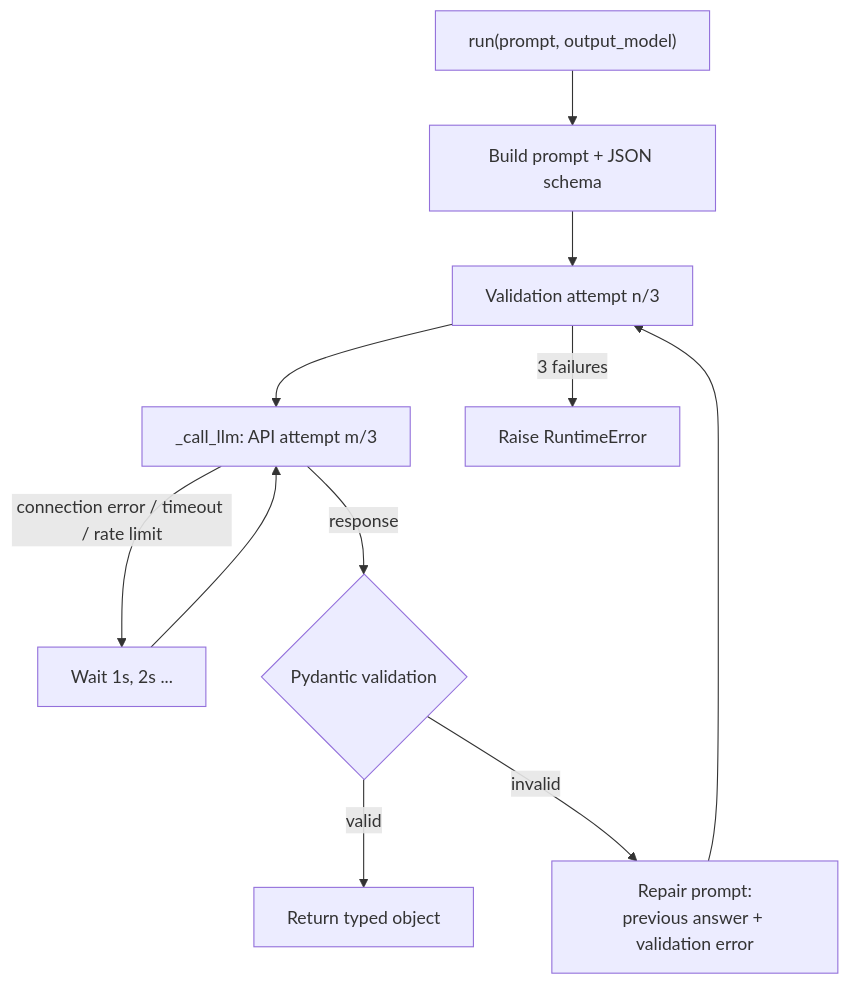
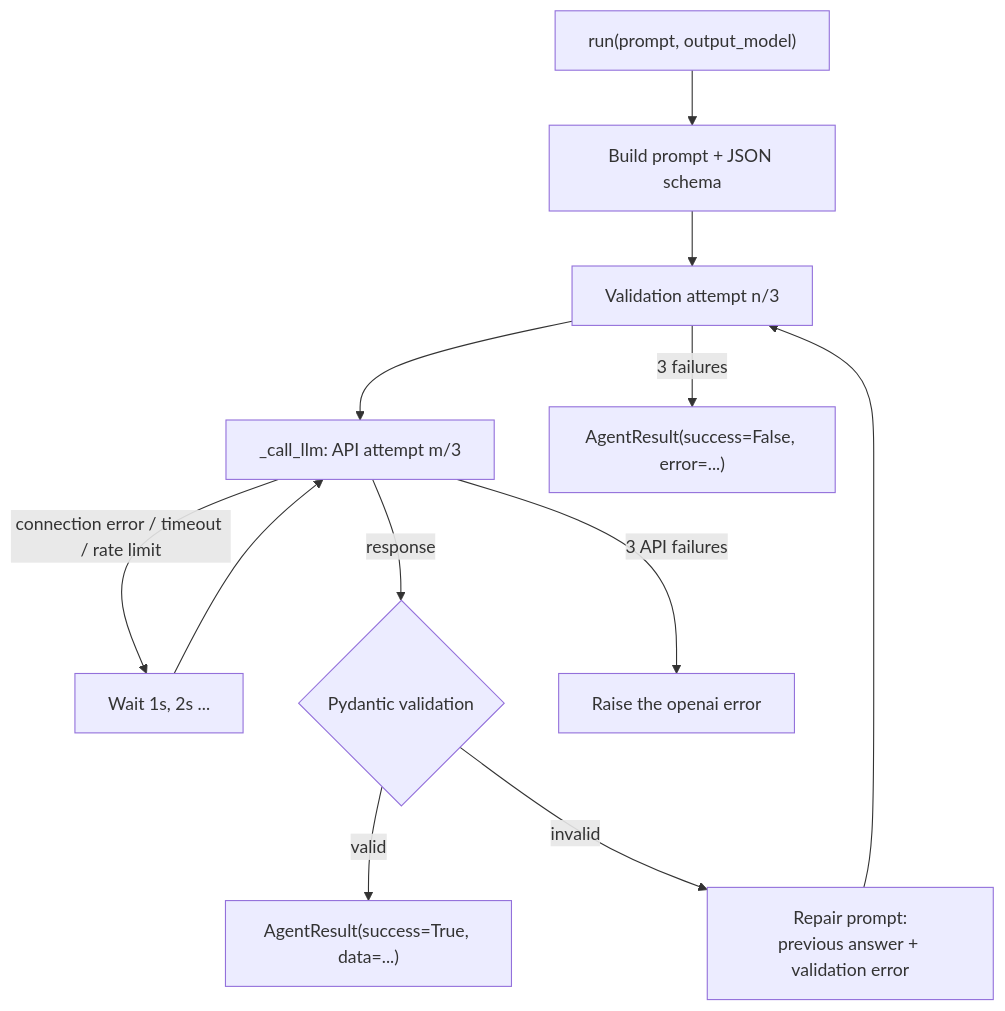
The diagram in docs/structured-output-agent.md (cowtree/omlx_agents), drawn with Mermaid before and after one commit. The commit also changed other lines of this file and 4 other files, not shown here.

First line of the commit message:
Return AgentResult instead of raising, and run a batch of 5 articles

````diff
--- a/docs/structured-output-agent.md
+++ b/docs/structured-output-agent.md
@@ -28,11 +43,12 @@
 ```mermaid
 flowchart TD
     A["run(prompt, output_model)"] --> B[Build prompt + JSON schema]
     B --> C["Validation attempt n/3"]
     C --> D["_call_llm: API attempt m/3"]
     D -- connection error / timeout / rate limit --> E[Wait 1s, 2s ...] --> D
     D -- response --> F{Pydantic validation}
-    F -- valid --> G[Return typed object]
+    F -- valid --> G["AgentResult(success=True, data=...)"]
     F -- invalid --> H[Repair prompt:<br/>previous answer + validation error] --> C
-    C -- 3 failures --> I[Raise RuntimeError]
+    C -- 3 failures --> I["AgentResult(success=False, error=...)"]
+    D -- 3 API failures --> J[Raise the openai error]
 ```
````
